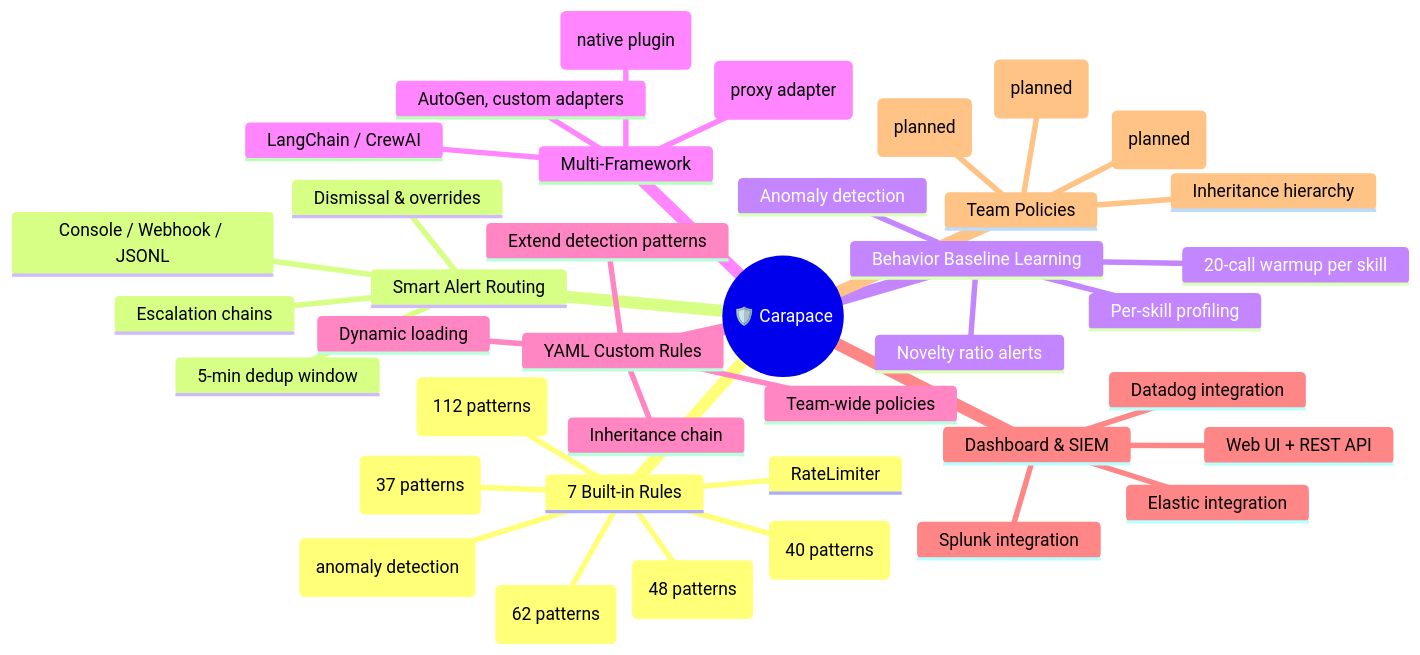
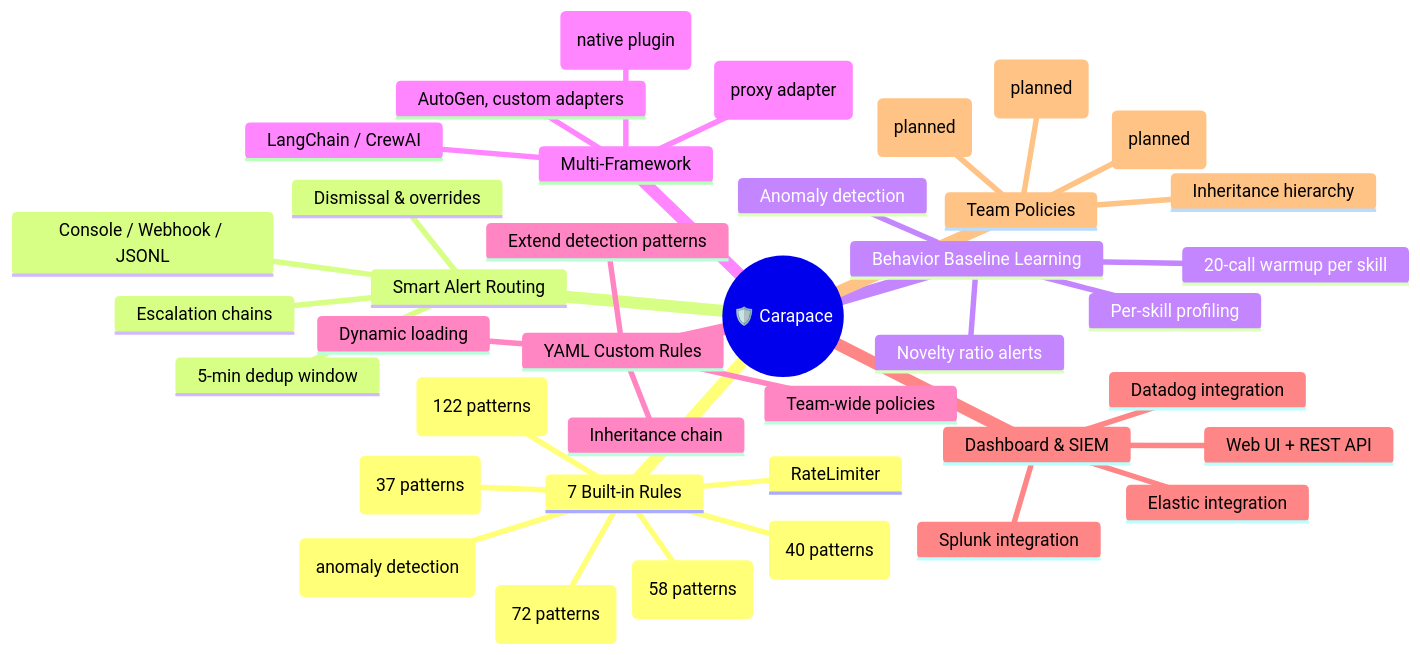
One commit to yeasy/carapace changed the first of 4 diagrams in README.md. Above: the diagram before and after it, drawn with Mermaid. The commit also changed other lines of this file and 3 other files, not shown here.

````diff
--- a/README.md
+++ b/README.md
@@ -70,42 +70,42 @@
 ```mermaid
 mindmap
   root((🛡️ Carapace))
     7 Built-in Rules
-      ExecGuard (112 patterns)
-      PathGuard (62 patterns)
+      ExecGuard (122 patterns)
+      PathGuard (72 patterns)
       NetworkGuard (40 patterns)
       RateLimiter
       PromptInjection (37 patterns)
-      DataExfil (48 patterns)
+      DataExfil (58 patterns)
       BaselineDrift (anomaly detection)
     Smart Alert Routing
       5-min dedup window
       Escalation chains
       Dismissal & overrides
       Console / Webhook / JSONL
     Behavior Baseline Learning
       20-call warmup per skill
       Per-skill profiling
       Anomaly detection
       Novelty ratio alerts
     Multi-Framework
       OpenClaw (native plugin)
       MCP (proxy adapter)
       LangChain / CrewAI
       AutoGen, custom adapters
     YAML Custom Rules
       Extend detection patterns
       Team-wide policies
       Inheritance chain
       Dynamic loading
     Dashboard & SIEM
       Web UI + REST API
       Splunk integration
       Elastic integration
       Datadog integration
     Team Policies
       Inheritance hierarchy
       Role-based access (planned)
       Policy versioning (planned)
       Audit logging (planned)
 ```
````
